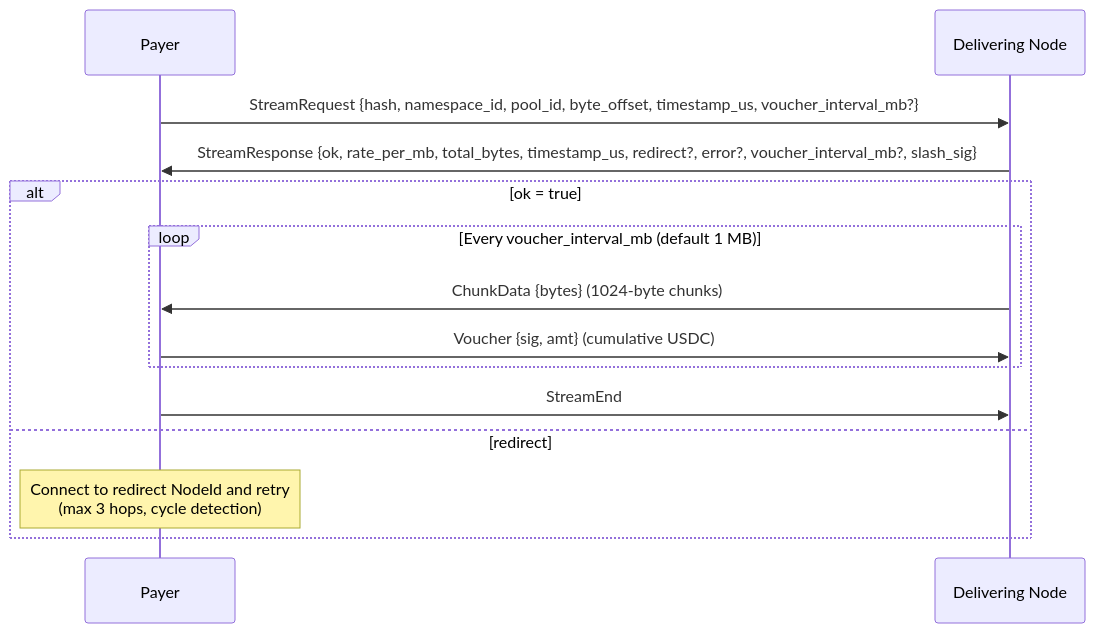
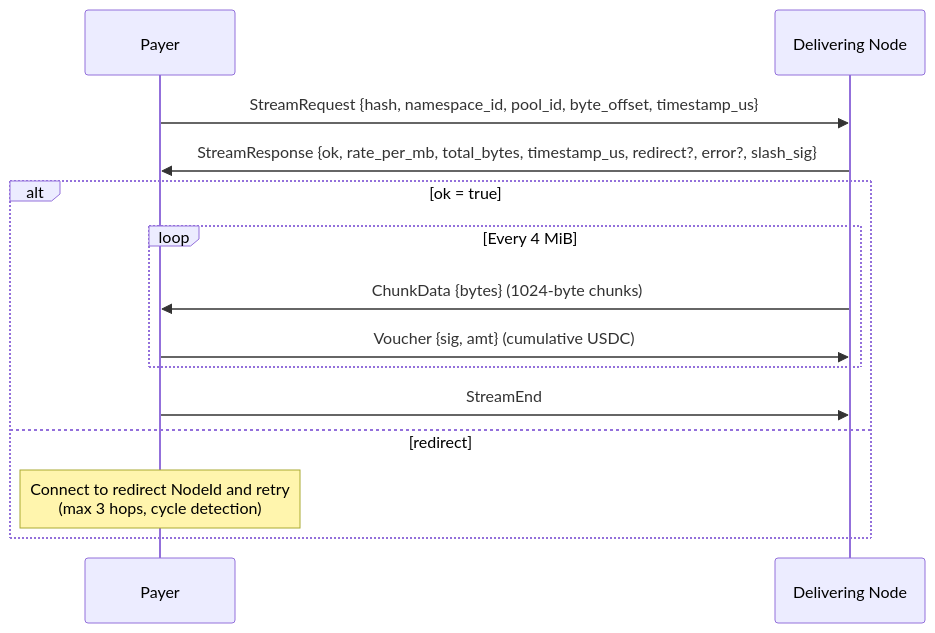
Before and after one commit to decdn/decdn: the second of 3 diagrams in adr/005-protocol.md, drawn with Mermaid. The commit also changed other lines of this file and 41 other files, not shown here.

First line of the commit message:
feat(payments): delete voucher_interval_mb negotiation (#1676) (#1688)

````diff
--- a/adr/005-protocol.md
+++ b/adr/005-protocol.md
@@ -113,18 +113,18 @@
 ```mermaid
 sequenceDiagram
     participant P as Payer
     participant D as Delivering Node
 
-    P->>D: StreamRequest {hash, namespace_id, pool_id, byte_offset, timestamp_us, voucher_interval_mb?}
-    D->>P: StreamResponse {ok, rate_per_mb, total_bytes, timestamp_us, redirect?, error?, voucher_interval_mb?, slash_sig}
+    P->>D: StreamRequest {hash, namespace_id, pool_id, byte_offset, timestamp_us}
+    D->>P: StreamResponse {ok, rate_per_mb, total_bytes, timestamp_us, redirect?, error?, slash_sig}
 
     alt ok = true
-        loop Every voucher_interval_mb (default 1 MB)
+        loop Every 4 MiB
             D->>P: ChunkData {bytes} (1024-byte chunks)
             P->>D: Voucher {sig, amt} (cumulative USDC)
         end
         P->>D: StreamEnd
     else redirect
         Note over P: Connect to redirect NodeId and retry<br/>(max 3 hops, cycle detection)
     end
 ```
````
